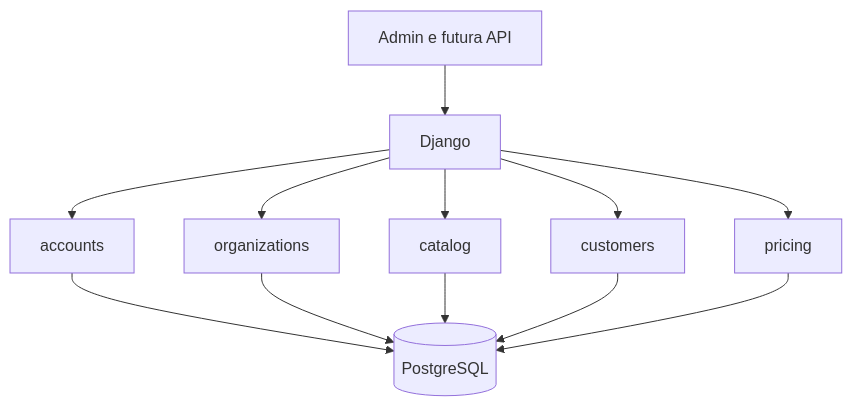
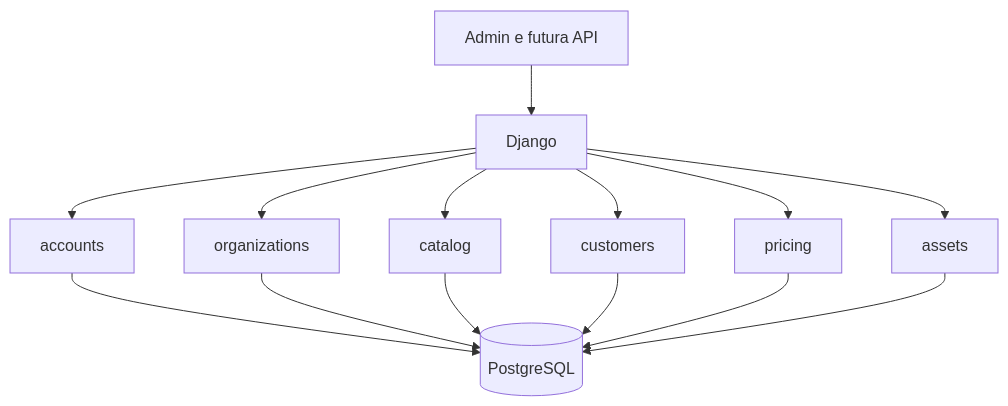
The diagram in docs/architecture.md (ViniciusSilva97/rental-platform), drawn with Mermaid before and after one commit. The commit also changed other lines of this file and 19 other files, not shown here.

````diff
--- a/docs/architecture.md
+++ b/docs/architecture.md
@@ -10,14 +10,16 @@
 ```mermaid
 flowchart TD
     UI["Admin e futura API"] --> APP["Django"]
     APP --> ACC["accounts"]
     APP --> ORG["organizations"]
     APP --> CAT["catalog"]
     APP --> CUS["customers"]
     APP --> PRI["pricing"]
+    APP --> AST["assets"]
     ACC --> DB[("PostgreSQL")]
     ORG --> DB
     CAT --> DB
     CUS --> DB
     PRI --> DB
+    AST --> DB
 ```
````
